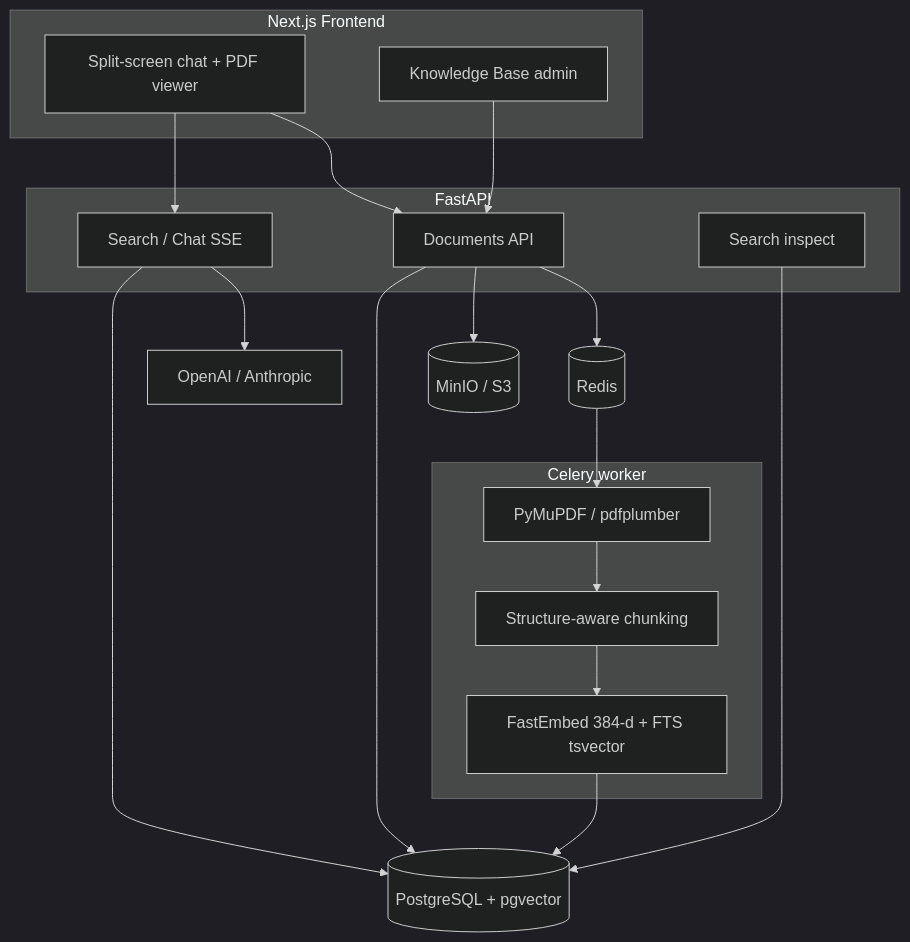
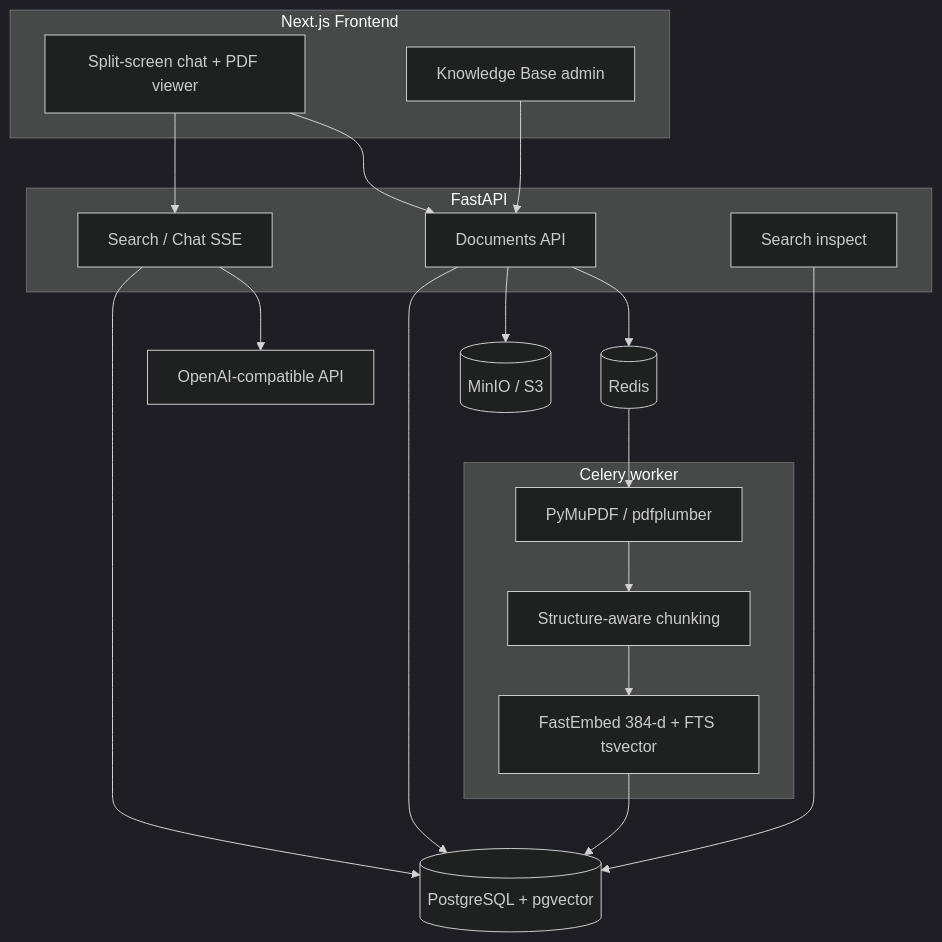
One commit to vladweat/docwise changed the diagram in docs/product/architecture.md. Above: the diagram before and after it, drawn with Mermaid (dark theme). The commit also changed other lines of this file and 22 other files, not shown here.

````diff
--- a/docs/product/architecture.md
+++ b/docs/product/architecture.md
@@ -7,36 +7,36 @@
 ```mermaid
 flowchart TB
   subgraph client [Next.js Frontend]
     UI[Split-screen chat + PDF viewer]
     Admin[Knowledge Base admin]
   end
 
   subgraph api [FastAPI]
     Upload[Documents API]
     Chat[Search / Chat SSE]
     Inspect[Search inspect]
   end
 
   subgraph async [Celery worker]
     Parse[PyMuPDF / pdfplumber]
     Chunk[Structure-aware chunking]
     Embed[FastEmbed 384-d + FTS tsvector]
   end
 
   PG[(PostgreSQL + pgvector)]
   S3[(MinIO / S3)]
   Redis[(Redis)]
-  LLM[OpenAI / Anthropic]
+  LLM[OpenAI-compatible API]
 
   UI --> Chat
   Admin --> Upload
   Upload --> PG
   Upload --> S3
   Upload --> Redis
   Redis --> Parse
   Parse --> Chunk --> Embed --> PG
   Chat --> PG
   Chat --> LLM
   Inspect --> PG
   UI --> Upload
 ```
````
